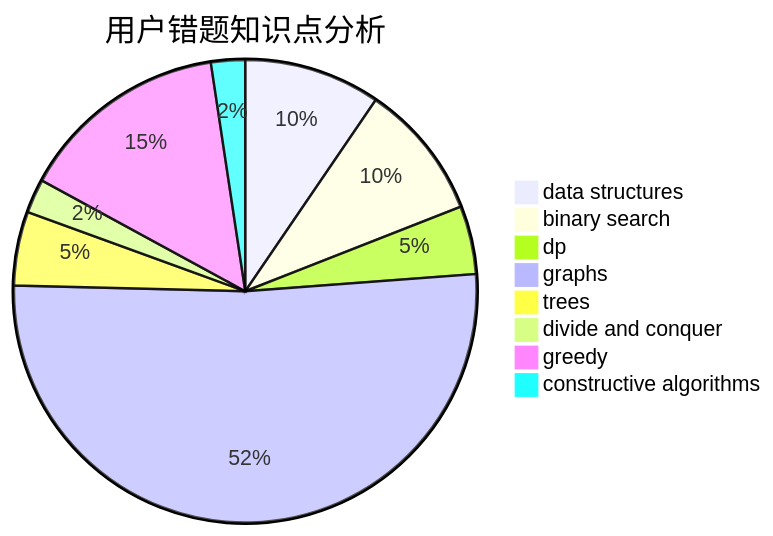
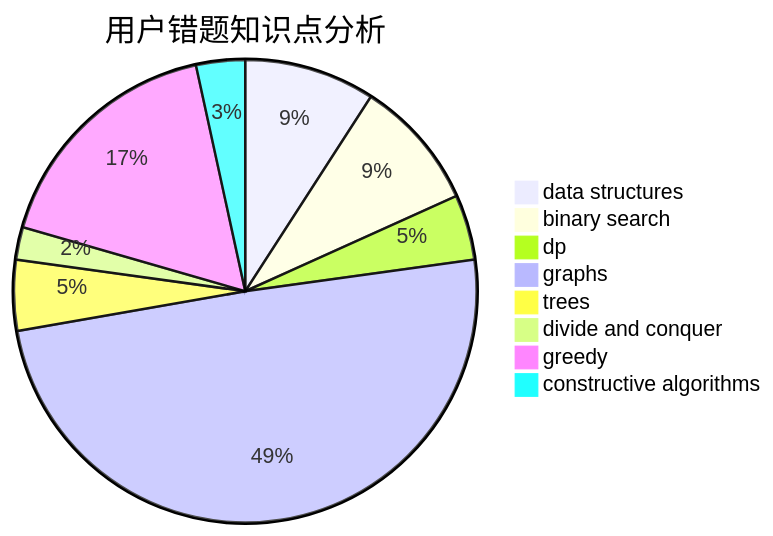
One commit to sherpahu/cfrs.github.io changed the third of 3 diagrams in docs/user/u2074.md. Above: the diagram before and after it, drawn with Mermaid. The commit also changed other lines of this file and 2770 other files, not shown here.

````diff
--- a/docs/user/u2074.md
+++ b/docs/user/u2074.md
@@ -36,11 +36,11 @@
 ```mermaid
 pie title 用户错题知识点分析
     "data structures" :  24
     "binary search" :  24
     "dp" :  12
     "graphs" :  130
     "trees" :  13
     "divide and conquer" :  6
-    "greedy" :  37
-    "constructive algorithms" :  6
+    "greedy" :  45
+    "constructive algorithms" :  9
 ```
````
